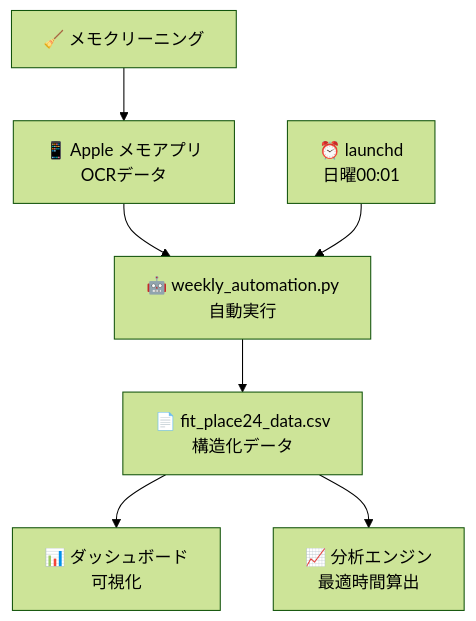
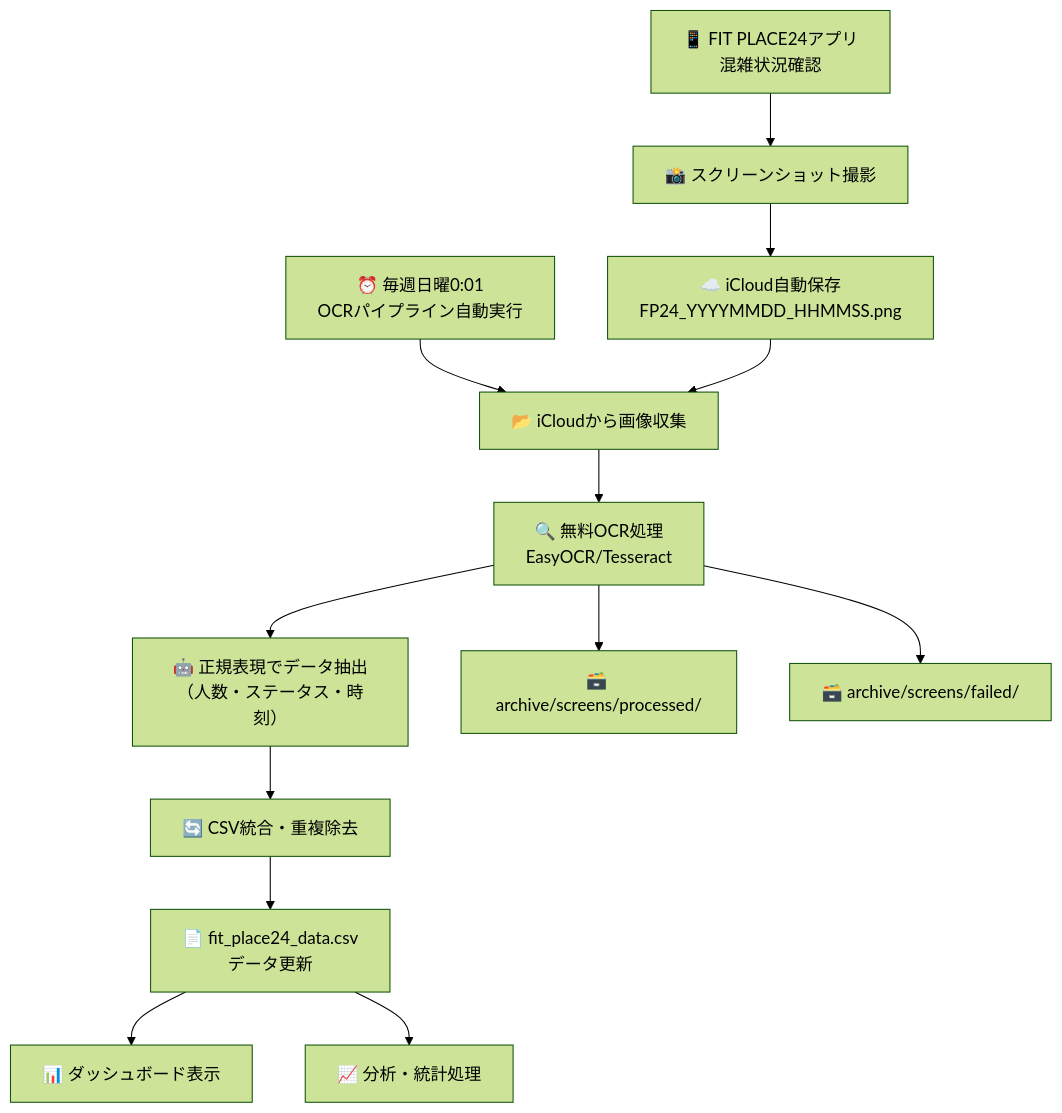
Before and after one commit to iori73/crowd_data_dashboard: the diagram in README.md, drawn with Mermaid (forest theme). The commit also changed other lines of this file and 124 other files, not shown here.

````diff
--- a/README.md
+++ b/README.md
@@ -100,10 +224,18 @@
 ```mermaid
 graph TD
-    A[📱 Apple メモアプリ<br/>OCRデータ] --> B[🤖 weekly_automation.py<br/>自動実行]
-    B --> C[📄 fit_place24_data.csv<br/>構造化データ]
-    C --> D[📊 ダッシュボード<br/>可視化]
-    C --> E[📈 分析エンジン<br/>最適時間算出]
-
-    F[⏰ launchd<br/>日曜00:01] --> B
-    G[🧹 メモクリーニング] --> A
+    A[📱 FIT PLACE24アプリ<br/>混雑状況確認] --> B[📸 スクリーンショット撮影]
+    B --> C[☁️ iCloud自動保存<br/>FP24_YYYYMMDD_HHMMSS.png]
+    
+    D[⏰ 毎週日曜0:01<br/>OCRパイプライン自動実行] --> E[📂 iCloudから画像収集]
+    E --> F[🔍 無料OCR処理<br/>EasyOCR/Tesseract]
+    F --> G[🤖 正規表現でデータ抽出<br/>（人数・ステータス・時刻）]
+    G --> H[🔄 CSV統合・重複除去]
+    H --> I[📄 fit_place24_data.csv<br/>データ更新]
+    I --> J[📊 ダッシュボード表示]
+    I --> K[📈 分析・統計処理]
+    
+    F --> L[🗃️ archive/screens/processed/]
+    F --> M[🗃️ archive/screens/failed/]
+    
+    C --> E
 ```
````
